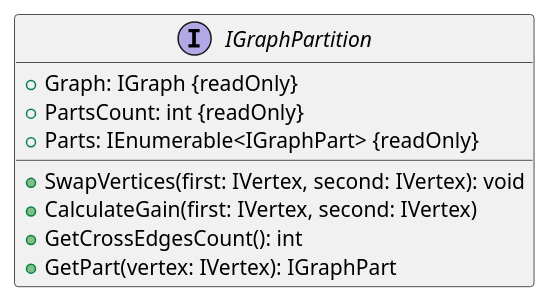
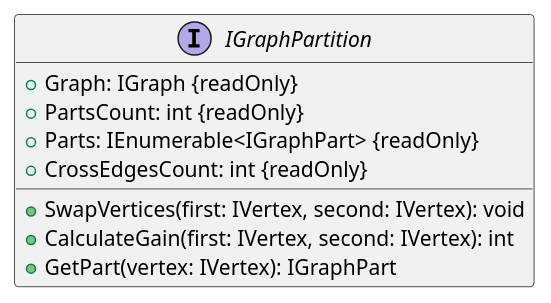
One commit to Sergho/circuits changed the diagram in presentation/architecture/puml/domain/IGraphPartition.puml. Above: the diagram before and after it, drawn with PlantUML. The commit also changed 10 other files, not shown here.

Commit message:
fix plantuml diagram

```diff
--- a/presentation/architecture/puml/domain/IGraphPartition.puml
+++ b/presentation/architecture/puml/domain/IGraphPartition.puml
@@ -1,14 +1,14 @@
 @startuml IGraphPartition
 
 interface IGraphPartition {
     + Graph: IGraph {readOnly}
     + PartsCount: int {readOnly}
     + Parts: IEnumerable<IGraphPart> {readOnly}
+    + CrossEdgesCount: int {readOnly}
 
     + SwapVertices(first: IVertex, second: IVertex): void
-    + CalculateGain(first: IVertex, second: IVertex)
-    + GetCrossEdgesCount(): int
+    + CalculateGain(first: IVertex, second: IVertex): int
     + GetPart(vertex: IVertex): IGraphPart
 }
 
 @enduml
```
